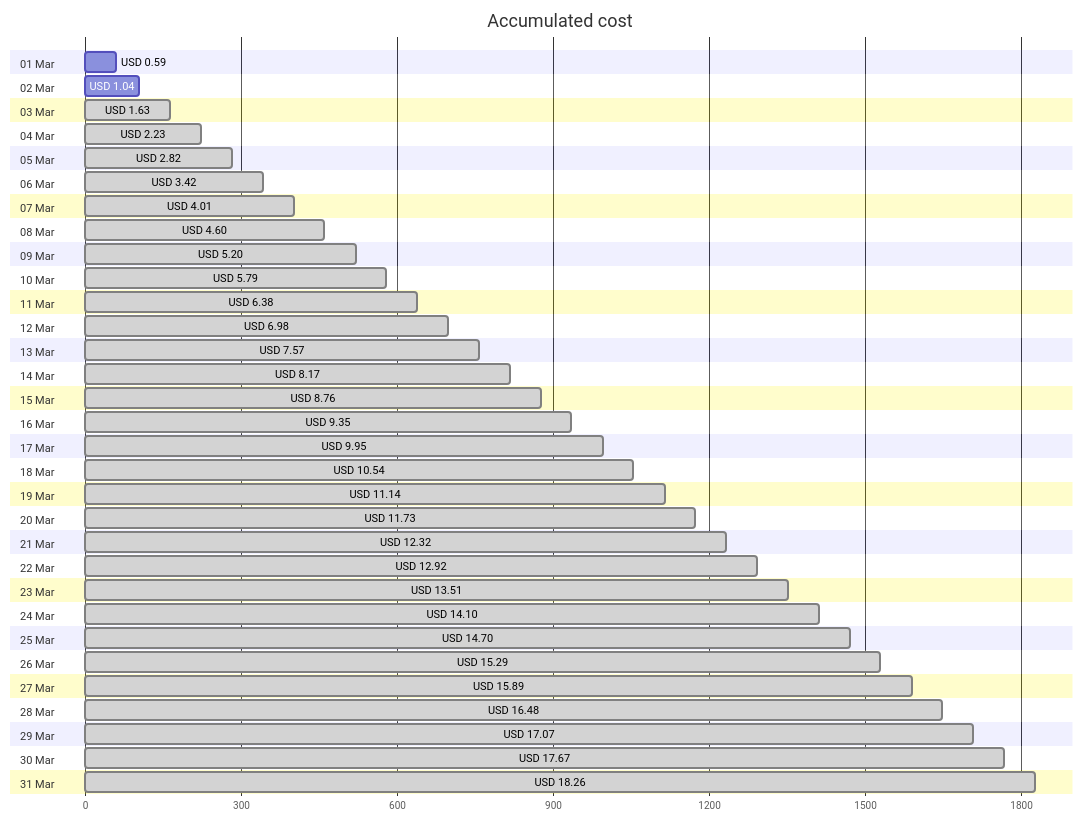
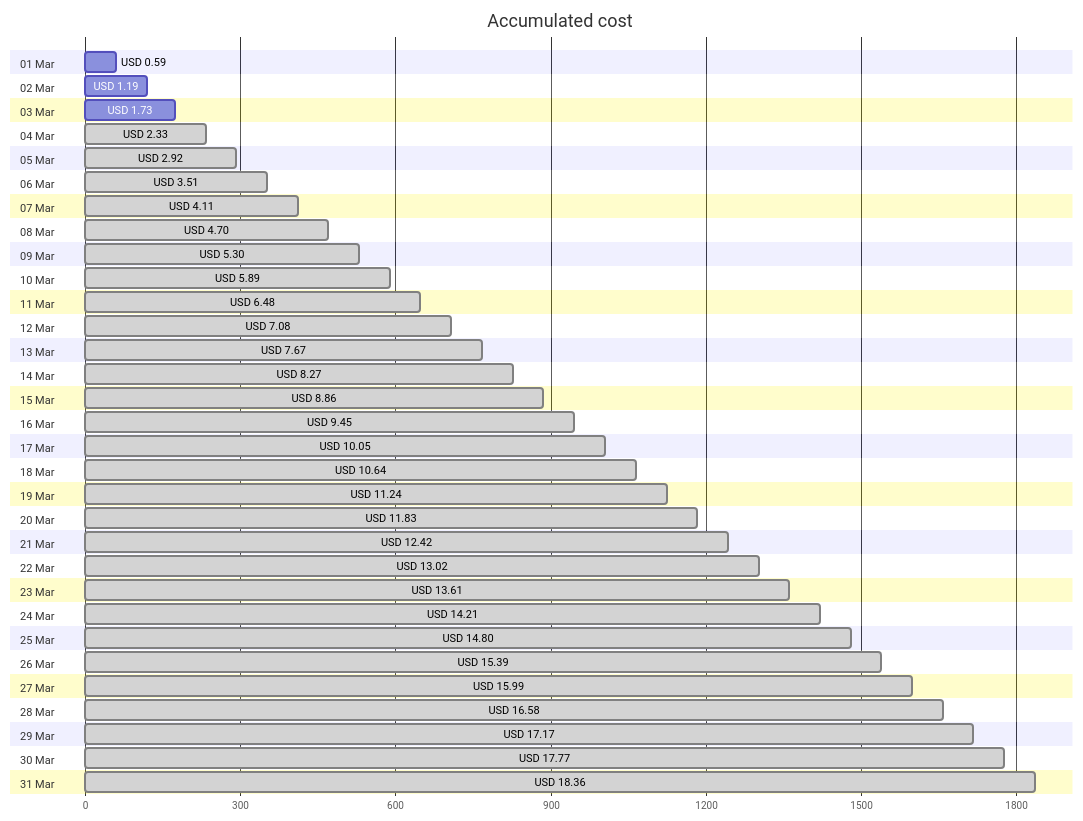
Before and after one commit to jpfulton/azure-personal-reports: the first of 4 diagrams in cost-reports/personal-site/README.md, drawn with Mermaid. The commit also changed other lines of this file and 6 other files, not shown here.

````diff
--- a/cost-reports/personal-site/README.md
+++ b/cost-reports/personal-site/README.md
@@ -20,68 +20,68 @@
 ```mermaid
 gantt
    title Accumulated cost
    dateFormat  X
    axisFormat %s
    section 01 Mar
    USD 0.59 :0, 59
    section 02 Mar
-   USD 1.04 :0, 104
+   USD 1.19 :0, 119
    section 03 Mar
-   USD 1.63 : done, 0, 163
+   USD 1.73 :0, 173
    section 04 Mar
-   USD 2.23 : done, 0, 223
+   USD 2.33 : done, 0, 233
    section 05 Mar
-   USD 2.82 : done, 0, 282
+   USD 2.92 : done, 0, 292
    section 06 Mar
-   USD 3.42 : done, 0, 342
+   USD 3.51 : done, 0, 351
    section 07 Mar
-   USD 4.01 : done, 0, 401
+   USD 4.11 : done, 0, 411
    section 08 Mar
-   USD 4.60 : done, 0, 460
+   USD 4.70 : done, 0, 470
    section 09 Mar
-   USD 5.20 : done, 0, 520
+   USD 5.30 : done, 0, 530
    section 10 Mar
-   USD 5.79 : done, 0, 579
+   USD 5.89 : done, 0, 589
    section 11 Mar
-   USD 6.38 : done, 0, 638
+   USD 6.48 : done, 0, 648
    section 12 Mar
-   USD 6.98 : done, 0, 698
+   USD 7.08 : done, 0, 708
    section 13 Mar
-   USD 7.57 : done, 0, 757
+   USD 7.67 : done, 0, 767
    section 14 Mar
-   USD 8.17 : done, 0, 817
+   USD 8.27 : done, 0, 827
    section 15 Mar
-   USD 8.76 : done, 0, 876
+   USD 8.86 : done, 0, 886
    section 16 Mar
-   USD 9.35 : done, 0, 935
+   USD 9.45 : done, 0, 945
    section 17 Mar
-   USD 9.95 : done, 0, 995
+   USD 10.05 : done, 0, 1005
    section 18 Mar
-   USD 10.54 : done, 0, 1054
+   USD 10.64 : done, 0, 1064
    section 19 Mar
-   USD 11.14 : done, 0, 1114
+   USD 11.24 : done, 0, 1124
    section 20 Mar
-   USD 11.73 : done, 0, 1173
+   USD 11.83 : done, 0, 1183
    section 21 Mar
-   USD 12.32 : done, 0, 1232
+   USD 12.42 : done, 0, 1242
    section 22 Mar
-   USD 12.92 : done, 0, 1292
+   USD 13.02 : done, 0, 1302
    section 23 Mar
-   USD 13.51 : done, 0, 1351
+   USD 13.61 : done, 0, 1361
    section 24 Mar
-   USD 14.10 : done, 0, 1410
+   USD 14.21 : done, 0, 1421
    section 25 Mar
-   USD 14.70 : done, 0, 1470
+   USD 14.80 : done, 0, 1480
    section 26 Mar
-   USD 15.29 : done, 0, 1529
+   USD 15.39 : done, 0, 1539
    section 27 Mar
-   USD 15.89 : done, 0, 1589
+   USD 15.99 : done, 0, 1599
    section 28 Mar
-   USD 16.48 : done, 0, 1648
+   USD 16.58 : done, 0, 1658
    section 29 Mar
-   USD 17.07 : done, 0, 1707
+   USD 17.17 : done, 0, 1717
    section 30 Mar
-   USD 17.67 : done, 0, 1767
+   USD 17.77 : done, 0, 1777
    section 31 Mar
-   USD 18.26 : done, 0, 1826
+   USD 18.36 : done, 0, 1836
 ```
````
